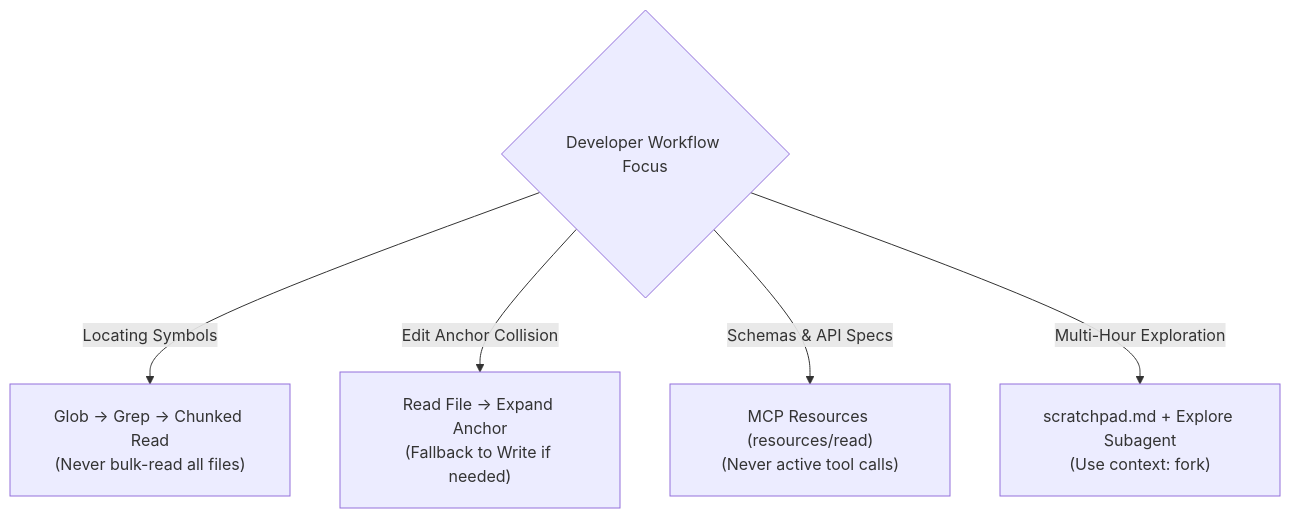
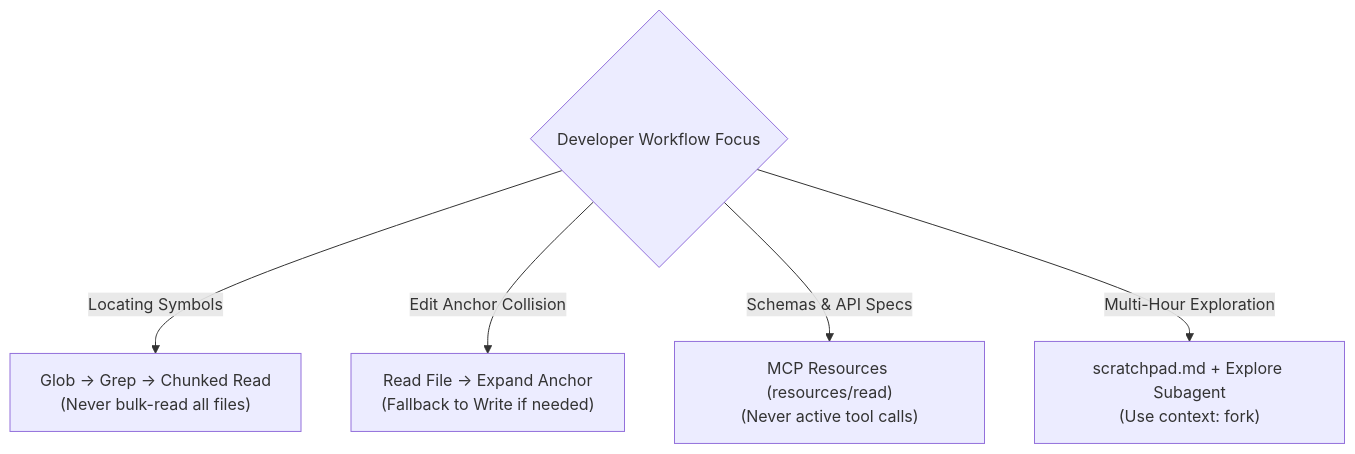
The first of 4 diagrams in scenarios/scenario_4_developer_productivity/SCENARIO_GUIDE.md (dip4k/claude_cert_architect_foundation_prep), drawn with Mermaid before and after one commit. The commit also changed other lines of this file and 31 other files, not shown here.

First line of the commit message:
docs(diagrams): fix GitHub Mermaid rendering cut-off, wrappingWidth, and entity escapes across all 32 docs

````diff
--- a/scenarios/scenario_4_developer_productivity/SCENARIO_GUIDE.md
+++ b/scenarios/scenario_4_developer_productivity/SCENARIO_GUIDE.md
@@ -53,9 +53,9 @@
 ```mermaid
-%%{init: {"flowchart": {"htmlLabels": true, "padding": 20}}}%%
+%%{init: {"flowchart": {"htmlLabels": true, "wrappingWidth": 250}}}%%
 flowchart TD
     Start{Developer Workflow Focus}
-    Start -->|Locating Symbols| D1["Glob -> Grep -> Chunked Read<br/>(Never bulk-read all files)"]
-    Start -->|Edit Anchor Collision| D2["Read File -> Expand Anchor<br/>(Fallback to Write if needed)"]
+    Start -->|Locating Symbols| D1["Glob → Grep → Chunked Read<br/>(Never bulk-read all files)"]
+    Start -->|Edit Anchor Collision| D2["Read File → Expand Anchor<br/>(Fallback to Write if needed)"]
     Start -->|Schemas & API Specs| D3["MCP Resources (resources/read)<br/>(Never active tool calls)"]
     Start -->|Multi-Hour Exploration| D4["scratchpad.md + Explore Subagent<br/>(Use context: fork)"]
 ```
````
